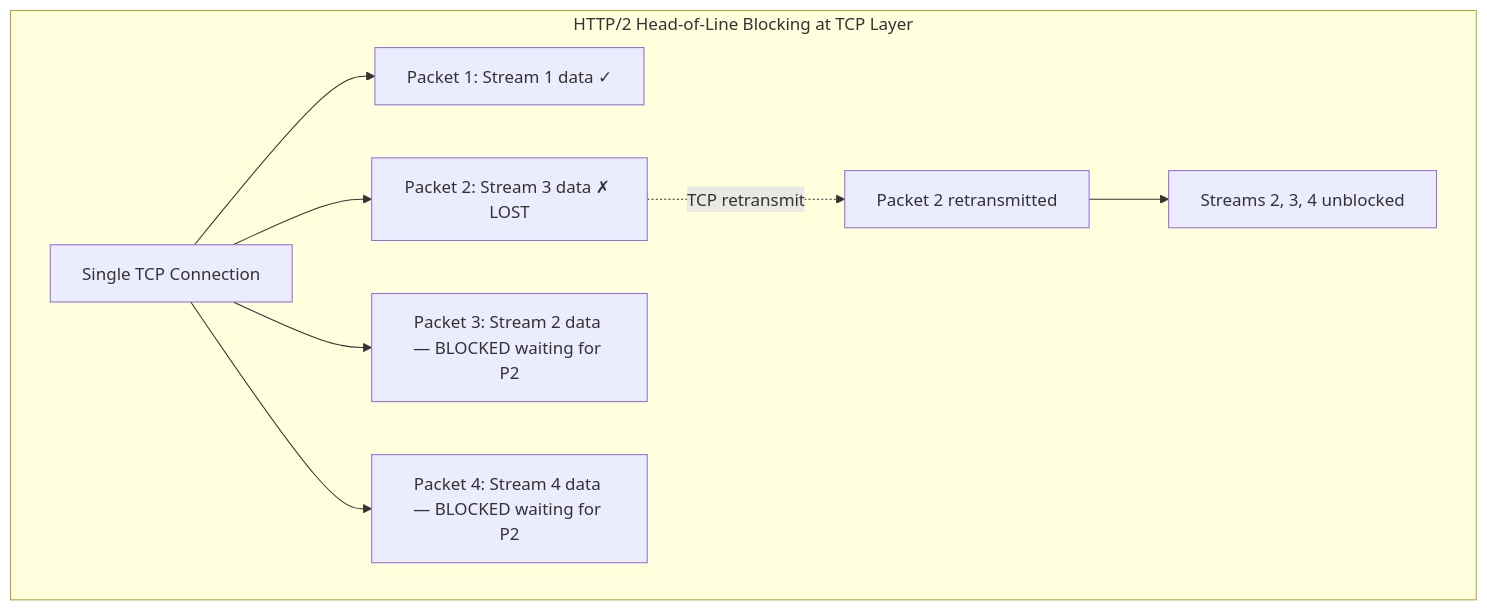
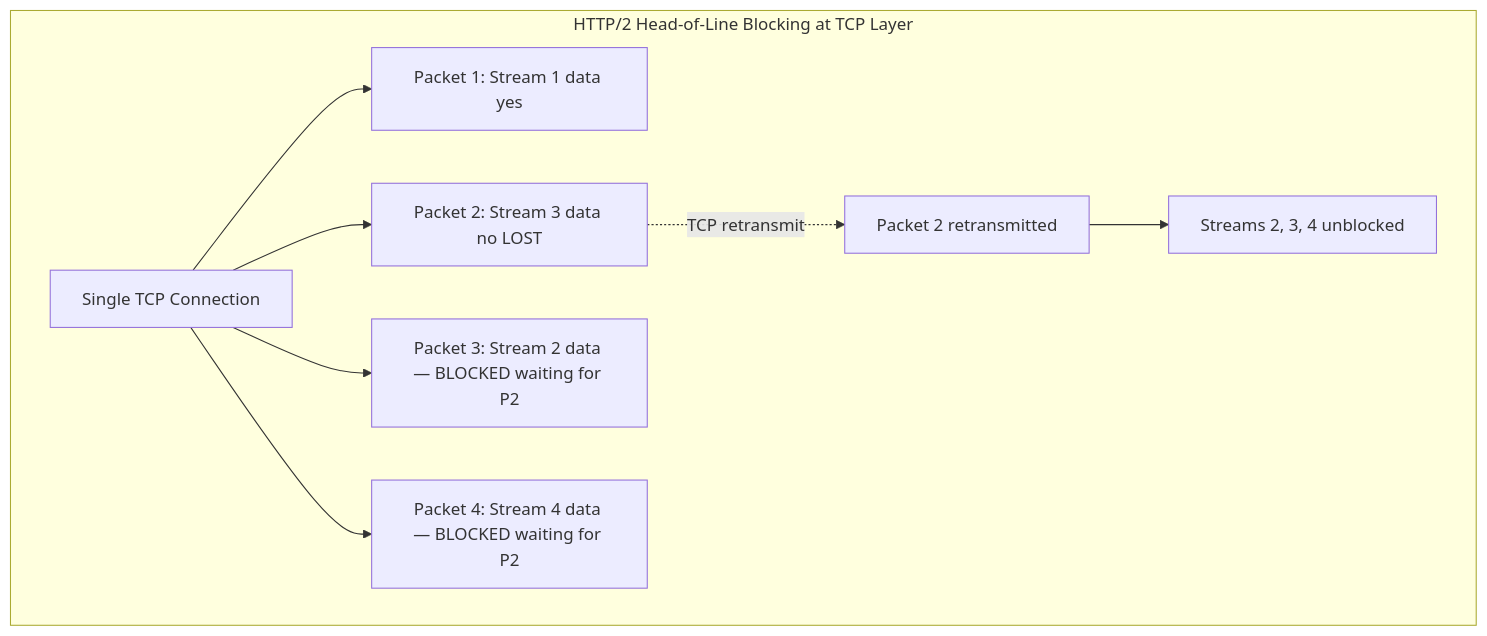
Before and after one commit to billywr/system-design: diagram 11 of 53 in 08-fundamentals/27-networking-for-system-design.md, drawn with Mermaid. The commit also changed other lines of this file and 39 other files, not shown here.

````diff
--- a/08-fundamentals/27-networking-for-system-design.md
+++ b/08-fundamentals/27-networking-for-system-design.md
@@ -360,12 +360,12 @@
 ```mermaid
 graph TB
     subgraph HTTP/2 Head-of-Line Blocking at TCP Layer
         TCP2[Single TCP Connection]
-        TCP2 --> P1[Packet 1: Stream 1 data ✓]
-        TCP2 --> P2[Packet 2: Stream 3 data ✗ LOST]
+        TCP2 --> P1[Packet 1: Stream 1 data yes]
+        TCP2 --> P2[Packet 2: Stream 3 data no LOST]
         TCP2 --> P3[Packet 3: Stream 2 data — BLOCKED waiting for P2]
         TCP2 --> P4[Packet 4: Stream 4 data — BLOCKED waiting for P2]
         P2 -.->|TCP retransmit| P2R[Packet 2 retransmitted]
         P2R --> UNBLOCK[Streams 2, 3, 4 unblocked]
     end
 ```
````
